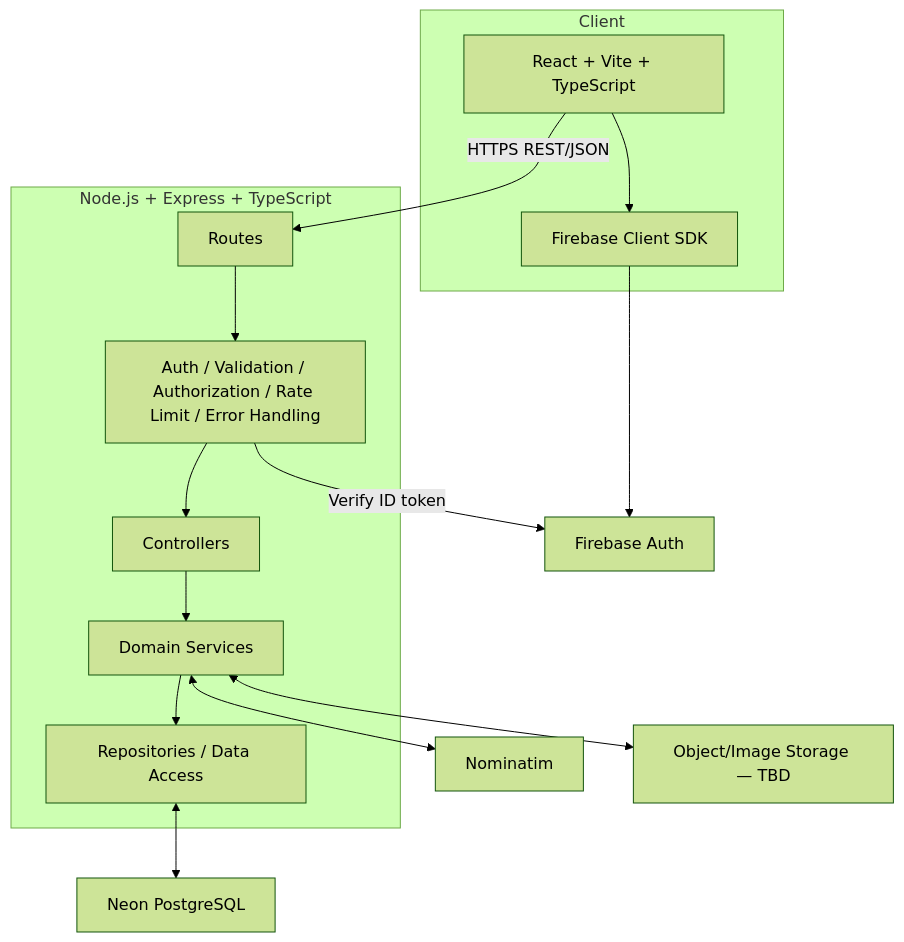
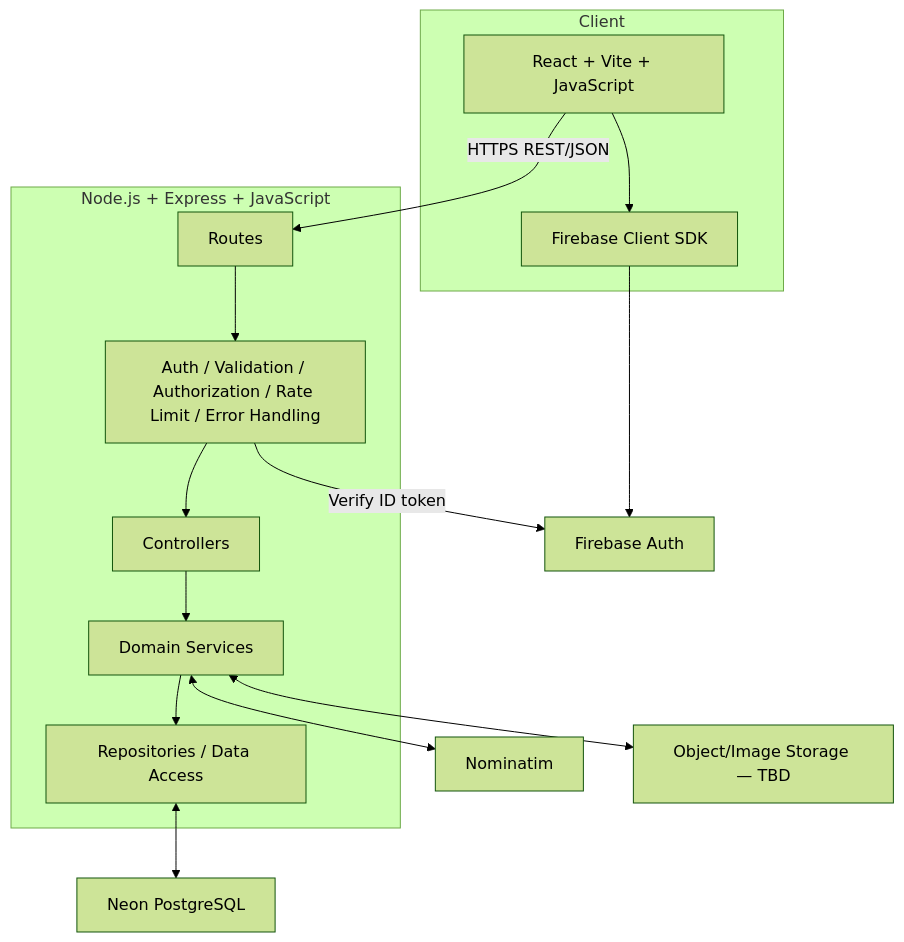
One commit to ff7hpp/GeoIssue changed the diagram in docs/reference/diagrams/02_Container_Architecture.mmd. Above: the diagram before and after it, drawn with Mermaid (forest theme). The commit also changed 127 other files, not shown here.

Commit message:
refactor(server): migrate TypeScript to JavaScript

```diff
--- a/docs/reference/diagrams/02_Container_Architecture.mmd
+++ b/docs/reference/diagrams/02_Container_Architecture.mmd
@@ -1,16 +1,16 @@
 flowchart TB
   subgraph Client
-    UI[React + Vite + TypeScript]
+    UI[React + Vite + JavaScript]
     AuthSDK[Firebase Client SDK]
   end
-  subgraph API[Node.js + Express + TypeScript]
+  subgraph API[Node.js + Express + JavaScript]
     Routes --> Middleware[Auth / Validation / Authorization / Rate Limit / Error Handling]
     Middleware --> Controllers --> Services[Domain Services]
     Services --> Repositories[Repositories / Data Access]
   end
   UI -->|HTTPS REST/JSON| Routes
   UI --> AuthSDK --> Firebase[Firebase Auth]
   Middleware -->|Verify ID token| Firebase
   Repositories <--> Neon[Neon PostgreSQL]
   Services <--> Nominatim[Nominatim]
   Services <--> Storage[Object/Image Storage — TBD]
```
